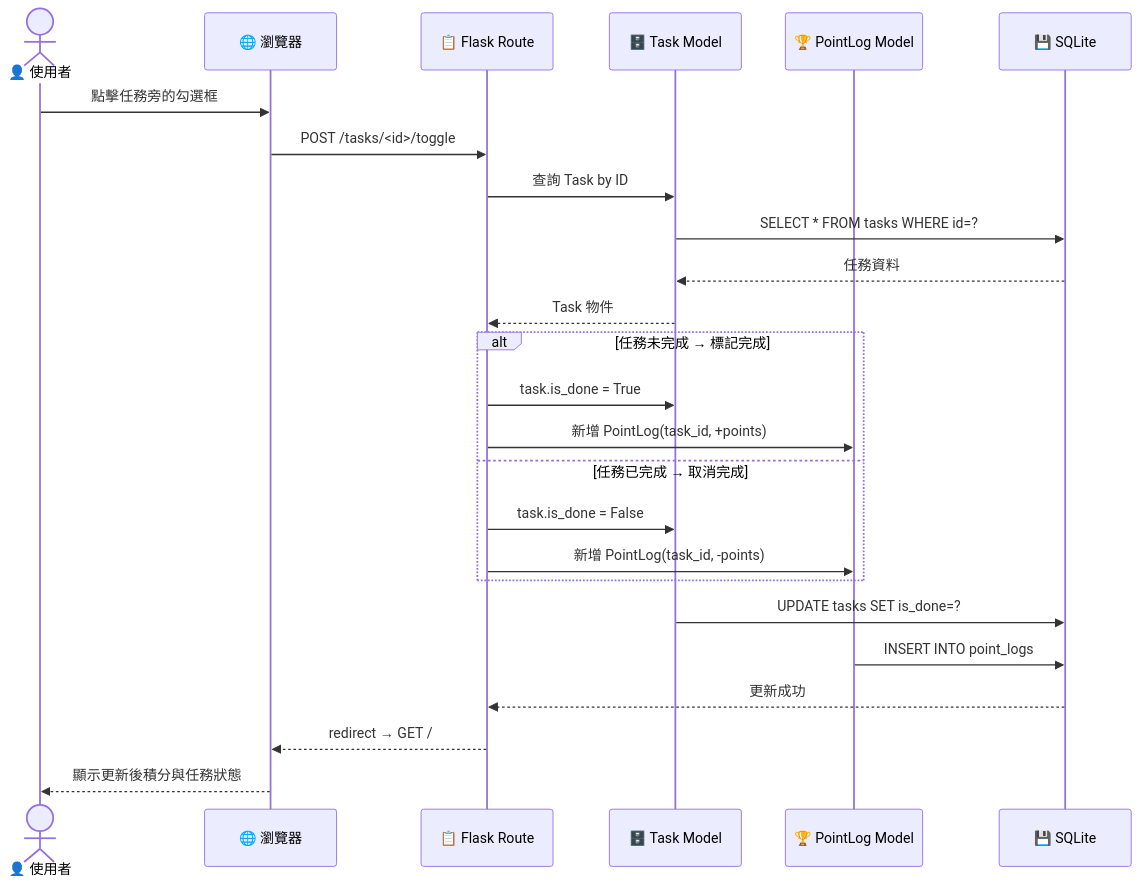
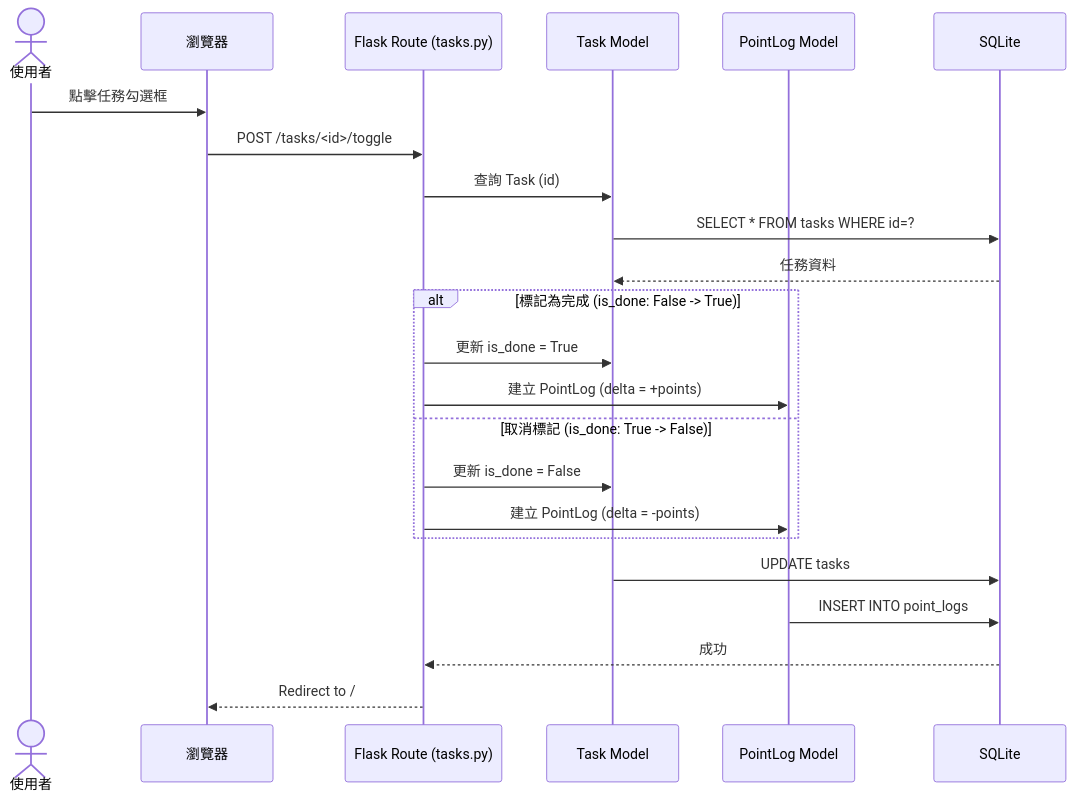
The third of 3 diagrams in docs/FLOWCHART.md (qingyuzhong933-wq/web_app_development), drawn with Mermaid before and after one commit. The commit also changed other lines of this file, not shown here.

Commit message:
docs: add user flowchart

````diff
--- a/docs/FLOWCHART.md
+++ b/docs/FLOWCHART.md
@@ -83,31 +84,28 @@
 ```mermaid
 sequenceDiagram
-    actor User as 👤 使用者
-    participant Browser as 🌐 瀏覽器
-    participant Flask as 📋 Flask Route
-    participant TaskModel as 🗄️ Task Model
-    participant PointModel as 🏆 PointLog Model
-    participant DB as 💾 SQLite
+    actor User as 使用者
+    participant Browser as 瀏覽器
+    participant Flask as Flask Route (tasks.py)
+    participant TModel as Task Model
+    participant PModel as PointLog Model
+    participant DB as SQLite
 
-    User->>Browser: 點擊任務旁的勾選框
+    User->>Browser: 點擊任務勾選框
     Browser->>Flask: POST /tasks/<id>/toggle
-
-    Flask->>TaskModel: 查詢 Task by ID
-    TaskModel->>DB: SELECT * FROM tasks WHERE id=?
-    DB-->>TaskModel: 任務資料
-    TaskModel-->>Flask: Task 物件
-
-    alt 任務未完成 → 標記完成
-        Flask->>TaskModel: task.is_done = True
-        Flask->>PointModel: 新增 PointLog(task_id, +points)
-    else 任務已完成 → 取消完成
-        Flask->>TaskModel: task.is_done = False
-        Flask->>PointModel: 新增 PointLog(task_id, -points)
+    Flask->>TModel: 查詢 Task (id)
+    TModel->>DB: SELECT * FROM tasks WHERE id=?
+    DB-->>TModel: 任務資料
+    
+    alt 標記為完成 (is_done: False -> True)
+        Flask->>TModel: 更新 is_done = True
+        Flask->>PModel: 建立 PointLog (delta = +points)
+    else 取消標記 (is_done: True -> False)
+        Flask->>TModel: 更新 is_done = False
+        Flask->>PModel: 建立 PointLog (delta = -points)
     end
-
-    TaskModel->>DB: UPDATE tasks SET is_done=?
-    PointModel->>DB: INSERT INTO point_logs
-    DB-->>Flask: 更新成功
-    Flask-->>Browser: redirect → GET /
-    Browser-->>User: 顯示更新後積分與任務狀態
+    
+    TModel->>DB: UPDATE tasks
+    PModel->>DB: INSERT INTO point_logs
+    DB-->>Flask: 成功
+    Flask-->>Browser: Redirect to /
 ```
````
